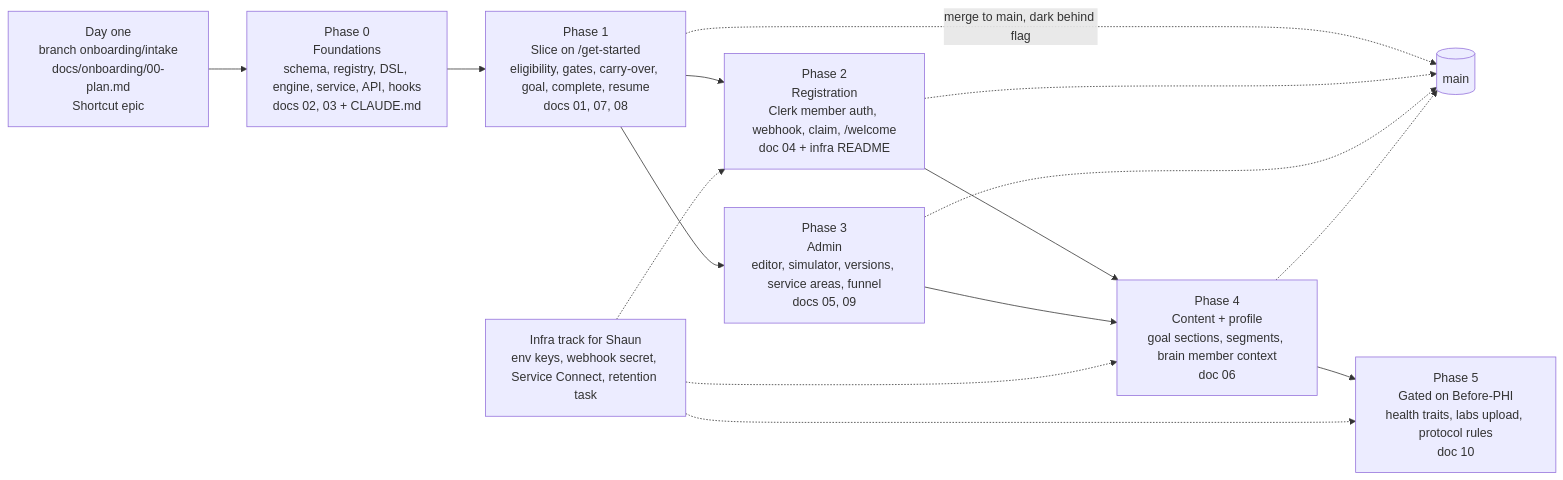
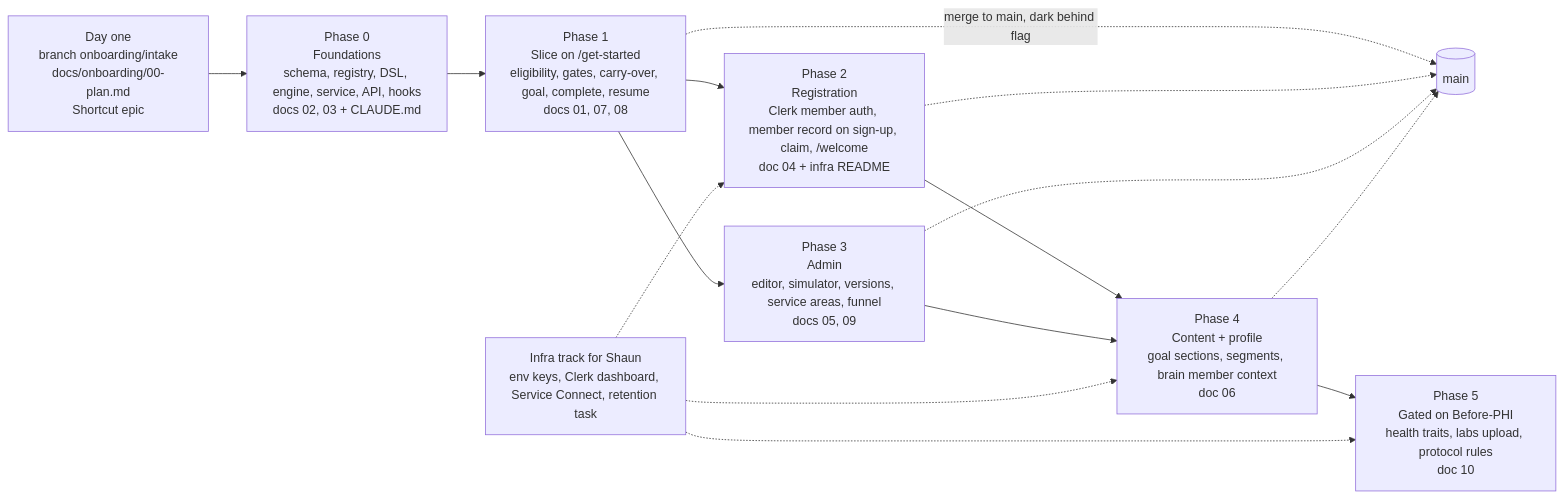
Before and after one commit to Joice-Health/Joice: the ninth of 9 diagrams in docs/onboarding/00-plan.md, drawn with Mermaid. The commit also changed other lines of this file and 1 other file, not shown here.

First line of the commit message:
Brief: no Clerk webhook; the member record is created from the sign-up response

````diff
--- a/docs/onboarding/00-plan.md
+++ b/docs/onboarding/00-plan.md
@@ -878,17 +878,17 @@
 ```mermaid
 flowchart LR
   B0[Day one<br/>branch onboarding/intake<br/>docs/onboarding/00-plan.md<br/>Shortcut epic] --> P0
   P0[Phase 0<br/>Foundations<br/>schema, registry, DSL, engine, service, API, hooks<br/>docs 02, 03 + CLAUDE.md] --> P1[Phase 1<br/>Slice on /get-started<br/>eligibility, gates, carry-over, goal, complete, resume<br/>docs 01, 07, 08]
-  P1 --> P2[Phase 2<br/>Registration<br/>Clerk member auth, webhook, claim, /welcome<br/>doc 04 + infra README]
+  P1 --> P2[Phase 2<br/>Registration<br/>Clerk member auth, member record on sign-up, claim, /welcome<br/>doc 04 + infra README]
   P1 --> P3[Phase 3<br/>Admin<br/>editor, simulator, versions, service areas, funnel<br/>docs 05, 09]
   P2 --> P4[Phase 4<br/>Content + profile<br/>goal sections, segments, brain member context<br/>doc 06]
   P3 --> P4
   P4 --> P5[Phase 5<br/>Gated on Before-PHI<br/>health traits, labs upload, protocol rules<br/>doc 10]
-  I[Infra track for Shaun<br/>env keys, webhook secret, Service Connect, retention task] -.-> P2
+  I[Infra track for Shaun<br/>env keys, Clerk dashboard, Service Connect, retention task] -.-> P2
   I -.-> P4
   I -.-> P5
   P1 -. merge to main, dark behind flag .-> M[(main)]
   P2 -.-> M
   P3 -.-> M
   P4 -.-> M
 ```
````
